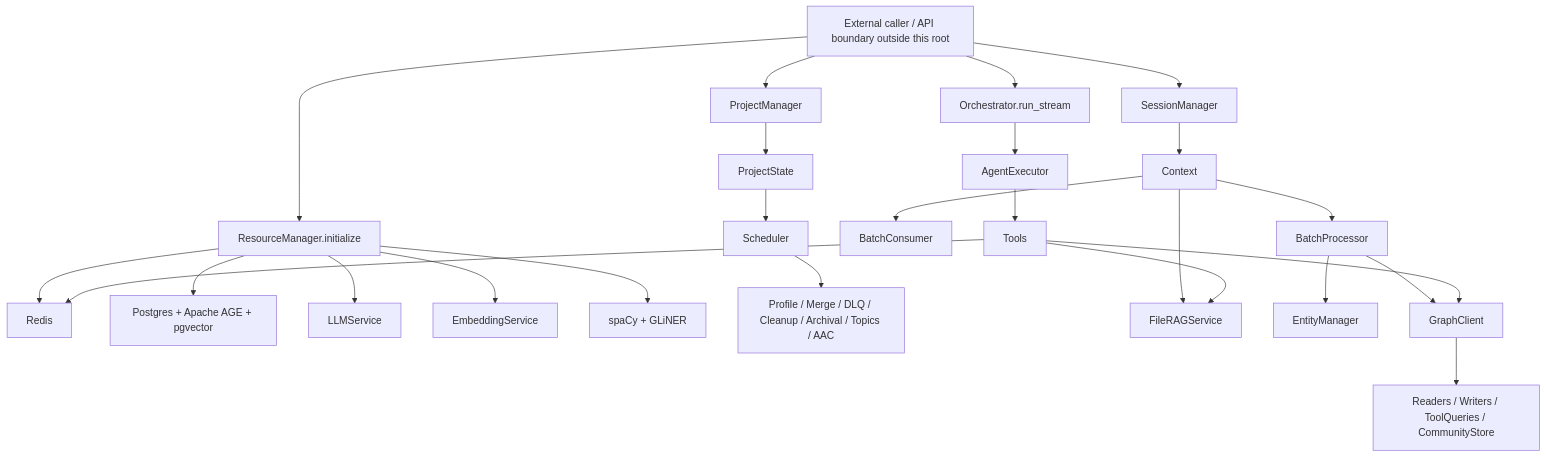
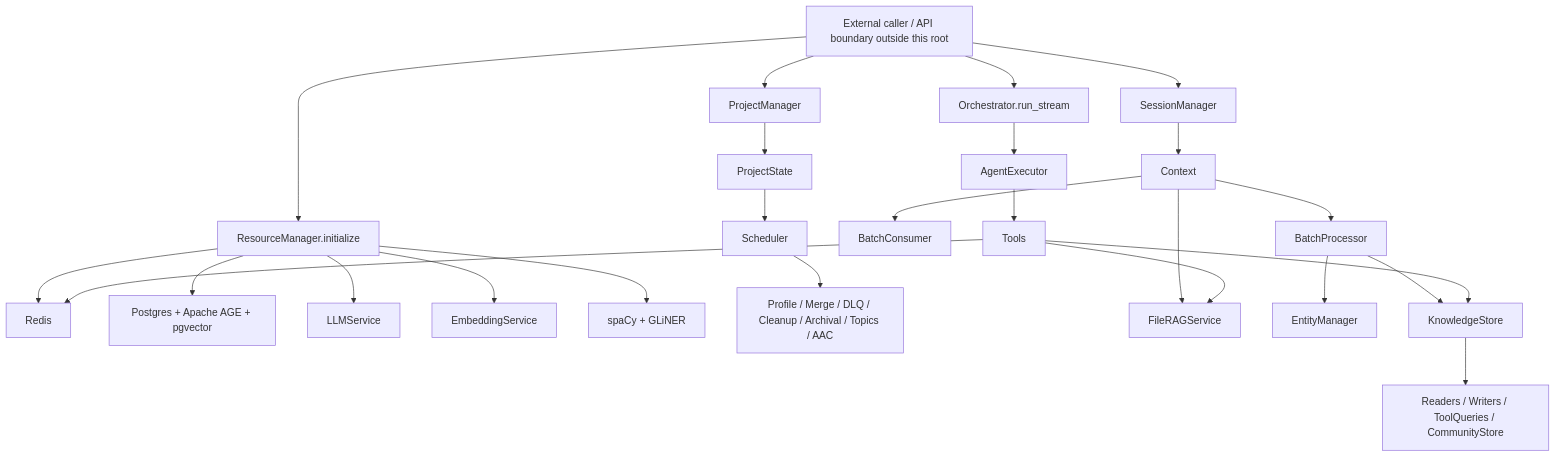
The first of 4 diagrams in knoggin-server/codebase-analysis-docs/CODEBASE_KNOWLEDGE.md (yinka3/knoggin), drawn with Mermaid before and after one commit. The commit also changed other lines of this file and 98 other files, not shown here.

````diff
--- a/knoggin-server/codebase-analysis-docs/CODEBASE_KNOWLEDGE.md
+++ b/knoggin-server/codebase-analysis-docs/CODEBASE_KNOWLEDGE.md
@@ -145,30 +145,30 @@
 ```mermaid
 flowchart TD
     Caller["External caller / API boundary outside this root"] --> RM["ResourceManager.initialize"]
     RM --> Redis["Redis"]
     RM --> PG["Postgres + Apache AGE + pgvector"]
     RM --> LLM["LLMService"]
     RM --> Emb["EmbeddingService"]
     RM --> NLP["spaCy + GLiNER"]
 
     Caller --> PM["ProjectManager"]
     Caller --> SM["SessionManager"]
     PM --> PS["ProjectState"]
     PS --> Scheduler["Scheduler"]
     Scheduler --> Jobs["Profile / Merge / DLQ / Cleanup / Archival / Topics / AAC"]
 
     SM --> Ctx["Context"]
     Ctx --> BC["BatchConsumer"]
     Ctx --> BP["BatchProcessor"]
     Ctx --> FileRAG["FileRAGService"]
     BP --> EntityMgr["EntityManager"]
-    BP --> GraphClient["GraphClient"]
-    GraphClient --> DBModules["Readers / Writers / ToolQueries / CommunityStore"]
+    BP --> KnowledgeStore["KnowledgeStore"]
+    KnowledgeStore --> DBModules["Readers / Writers / ToolQueries / CommunityStore"]
 
     Caller --> Orch["Orchestrator.run_stream"]
     Orch --> Executor["AgentExecutor"]
     Executor --> Tools["Tools"]
-    Tools --> GraphClient
+    Tools --> KnowledgeStore
     Tools --> FileRAG
     Tools --> Redis
 ```
````
